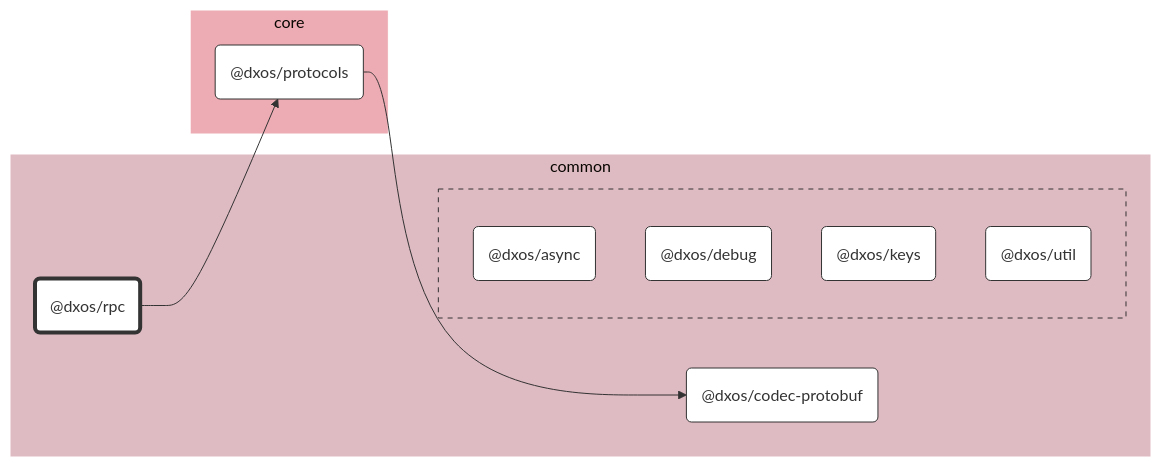
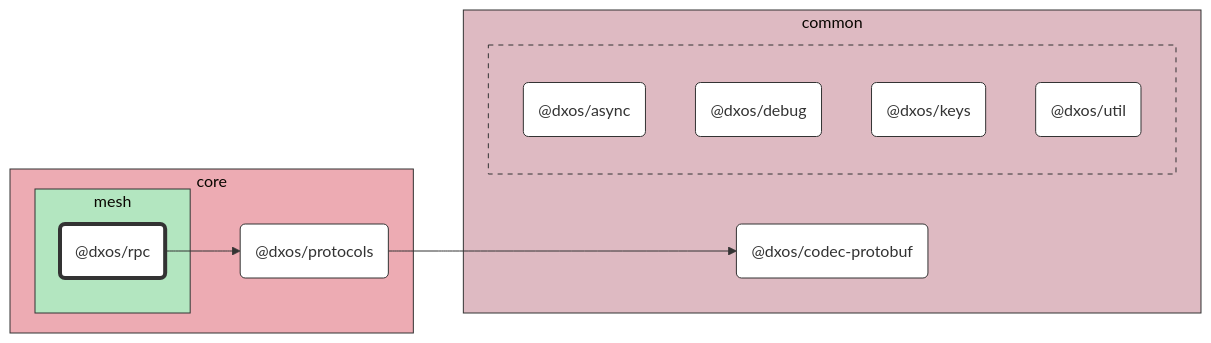
The diagram in packages/core/mesh/rpc/docs/README.md (dxos/dxos), drawn with Mermaid (base theme) before and after one commit. The commit also changed other lines of this file and 89 other files, not shown here.

````diff
--- a/packages/core/mesh/rpc/docs/README.md
+++ b/packages/core/mesh/rpc/docs/README.md
@@ -7,42 +7,46 @@
 ```mermaid
 %%{ init: {'flowchart':{'curve':'basis'}} }%%
 
 flowchart LR
 
 %% Classes
 classDef def fill:#fff,stroke:#333,stroke-width:1px
 classDef root fill:#fff,stroke:#333,stroke-width:4px
 
 %% Nodes
 
+subgraph core [core]
+  style core fill:#edabb3,stroke:#333
+  dxos/protocols("@dxos/protocols"):::def
+  click dxos/protocols "dxos/dxos/tree/main/packages/core/protocols/docs"
+
+  subgraph mesh [mesh]
+    style mesh fill:#b3e6c0,stroke:#333
+    dxos/rpc("@dxos/rpc"):::root
+    click dxos/rpc "dxos/dxos/tree/main/packages/core/mesh/rpc/docs"
+  end
+end
+
 subgraph common [common]
-  style common fill:#debac2,stroke:#fff
-  dxos/rpc("@dxos/rpc"):::root
-  click dxos/rpc "dxos/dxos/tree/main/packages/core/mesh/rpc/docs"
+  style common fill:#debac2,stroke:#333
   dxos/codec-protobuf("@dxos/codec-protobuf"):::def
   click dxos/codec-protobuf "dxos/dxos/tree/main/packages/common/codec-protobuf/docs"
 
-  subgraph common-excluded [ ]
-    style common-excluded fill:#debac2,stroke:#333,stroke-dasharray:5 5
+  subgraph _ [ ]
+    style _ fill:#debac2,stroke:#333,stroke-dasharray:5 5
     dxos/async("@dxos/async"):::def
     click dxos/async "dxos/dxos/tree/main/packages/common/async/docs"
     dxos/debug("@dxos/debug"):::def
     click dxos/debug "dxos/dxos/tree/main/packages/common/debug/docs"
     dxos/keys("@dxos/keys"):::def
     click dxos/keys "dxos/dxos/tree/main/packages/common/keys/docs"
     dxos/util("@dxos/util"):::def
     click dxos/util "dxos/dxos/tree/main/packages/common/util/docs"
   end
 end
 
-subgraph core [core]
-  style core fill:#edabb3,stroke:#fff
-  dxos/protocols("@dxos/protocols"):::def
-  click dxos/protocols "dxos/dxos/tree/main/packages/core/protocols/docs"
-end
-
 %% Links
 linkStyle default stroke:#333,stroke-width:1px
 dxos/rpc --> dxos/protocols
 dxos/protocols --> dxos/codec-protobuf
 ```
````
